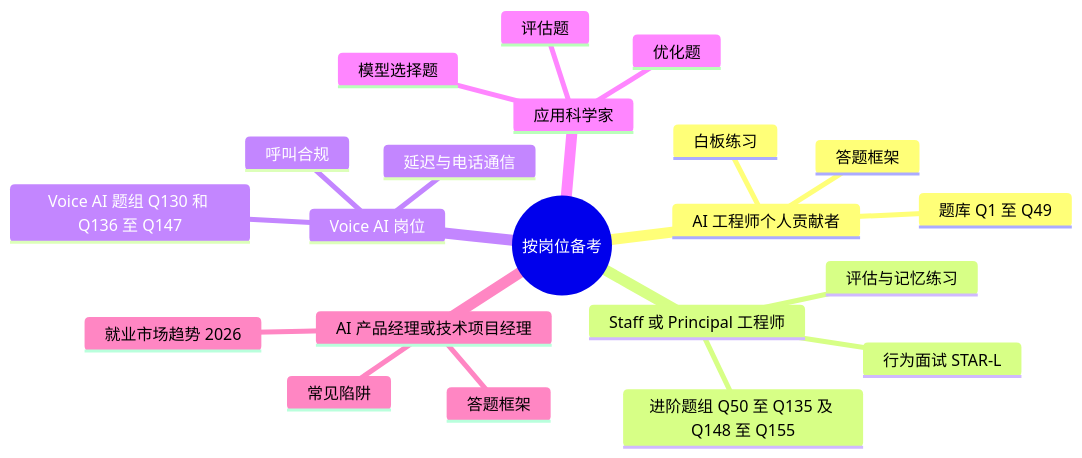
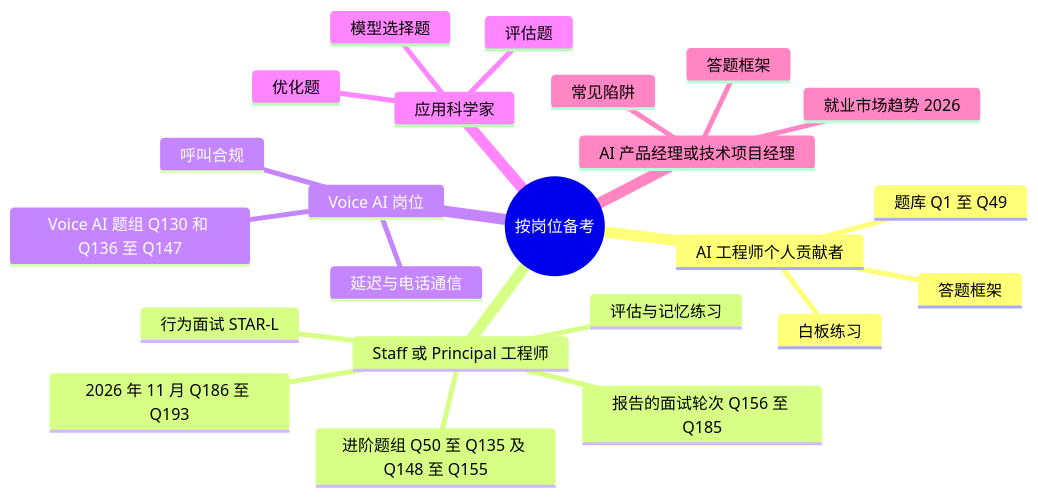
Before and after one commit to ChiHoc/ai-system-design-guide-zh: the second of 2 diagrams in 00-interview-prep/README.md, drawn with Mermaid. The commit also changed other lines of this file and 100 other files, not shown here.

````diff
--- a/00-interview-prep/README.md
+++ b/00-interview-prep/README.md
@@ -34,24 +36,26 @@
 ```mermaid
 mindmap
   root((按岗位备考))
     AI 工程师个人贡献者
       题库 Q1 至 Q49
       答题框架
       白板练习
     Staff 或 Principal 工程师
       进阶题组 Q50 至 Q135 及 Q148 至 Q155
+      报告的面试轮次 Q156 至 Q185
+      2026 年 11 月 Q186 至 Q193
       行为面试 STAR-L
       评估与记忆练习
     Voice AI 岗位
       Voice AI 题组 Q130 和 Q136 至 Q147
       延迟与电话通信
       呼叫合规
     应用科学家
       模型选择题
       评估题
       优化题
     AI 产品经理或技术项目经理
       常见陷阱
       就业市场趋势 2026
       答题框架
 ```
````
